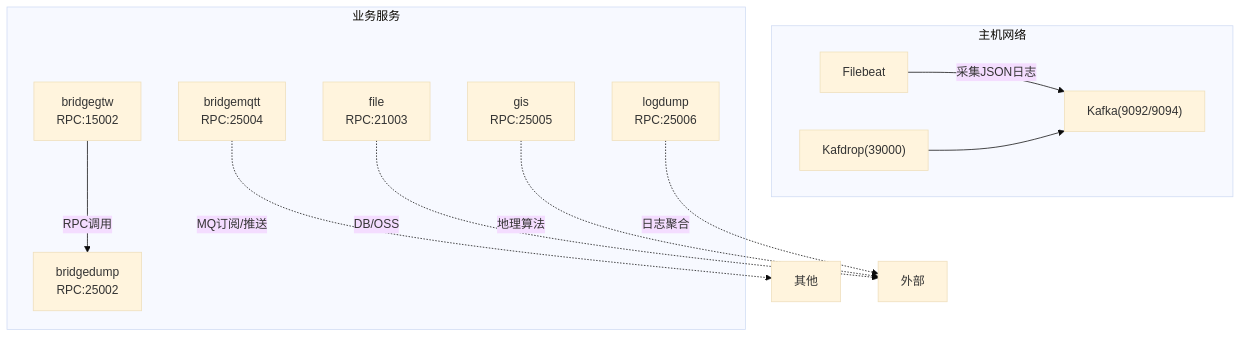
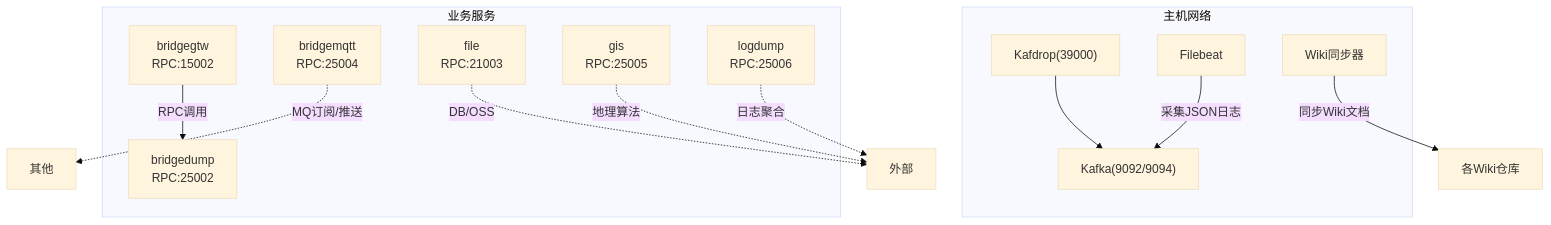
One commit to maomao94/zero-service changed the second of 7 diagrams in .qoder/repowiki/zh/content/部署与运维/部署与运维.md. Above: the diagram before and after it, drawn with Mermaid (base theme). The commit also changed other lines of this file and 8 other files, not shown here.

````diff
--- a/.qoder/repowiki/zh/content/部署与运维/部署与运维.md
+++ b/.qoder/repowiki/zh/content/部署与运维/部署与运维.md
@@ -126,23 +145,25 @@
 ```mermaid
 graph TB
 subgraph "主机网络"
 KAF["Kafka(9092/9094)"]
 KDROP["Kafdrop(39000)"]
 FB["Filebeat"]
+SW["Wiki同步器"]
 end
 subgraph "业务服务"
 BGW["bridgegtw<br/>RPC:15002"]
 BDM["bridgedump<br/>RPC:25002"]
 BMQ["bridgemqtt<br/>RPC:25004"]
 FIL["file<br/>RPC:21003"]
 GIS["gis<br/>RPC:25005"]
 LOG["logdump<br/>RPC:25006"]
 end
 FB --> |"采集JSON日志"| KAF
+SW --> |"同步Wiki文档"| 各Wiki仓库
 BGW --> |"RPC调用"| BDM
 BMQ -.->|"MQ订阅/推送"| 其他
 FIL -.->|"DB/OSS"| 外部
 GIS -.->|"地理算法"| 外部
 LOG -.->|"日志聚合"| 外部
 KDROP --> KAF
 ```
````
